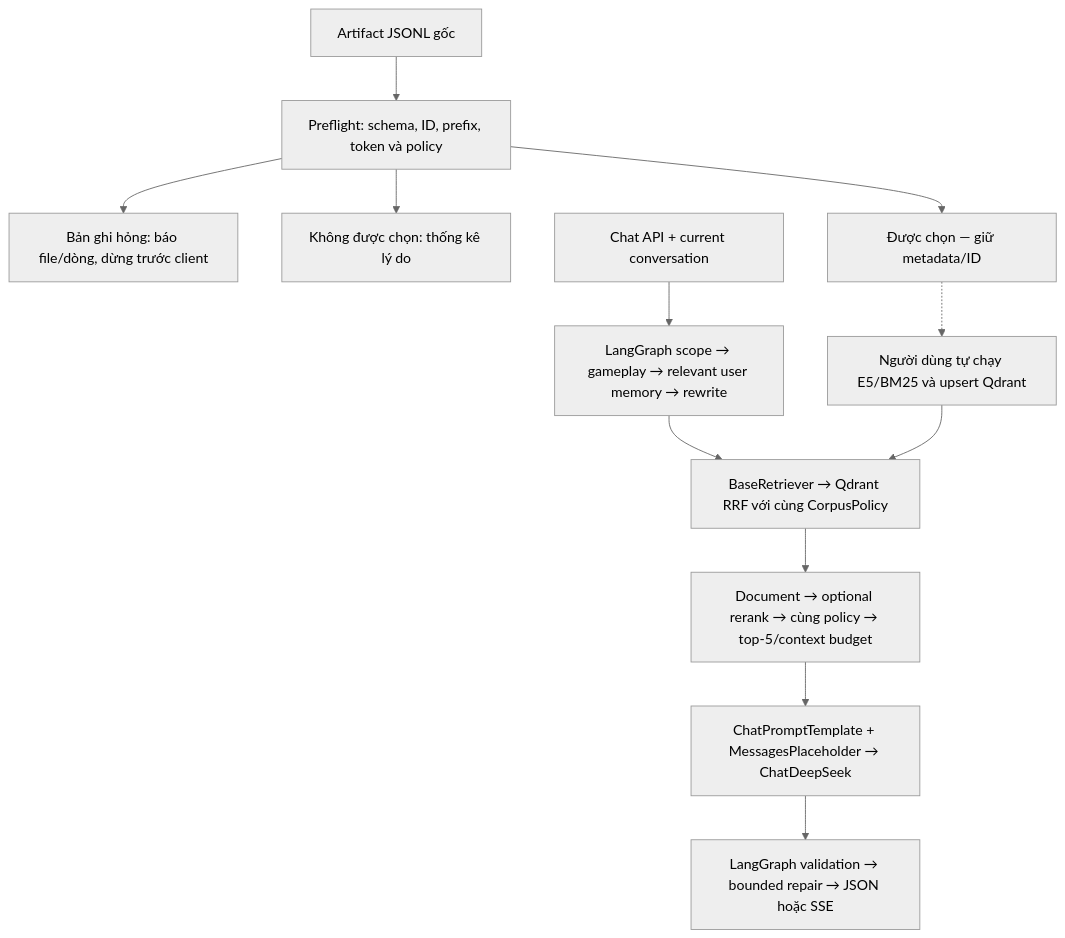
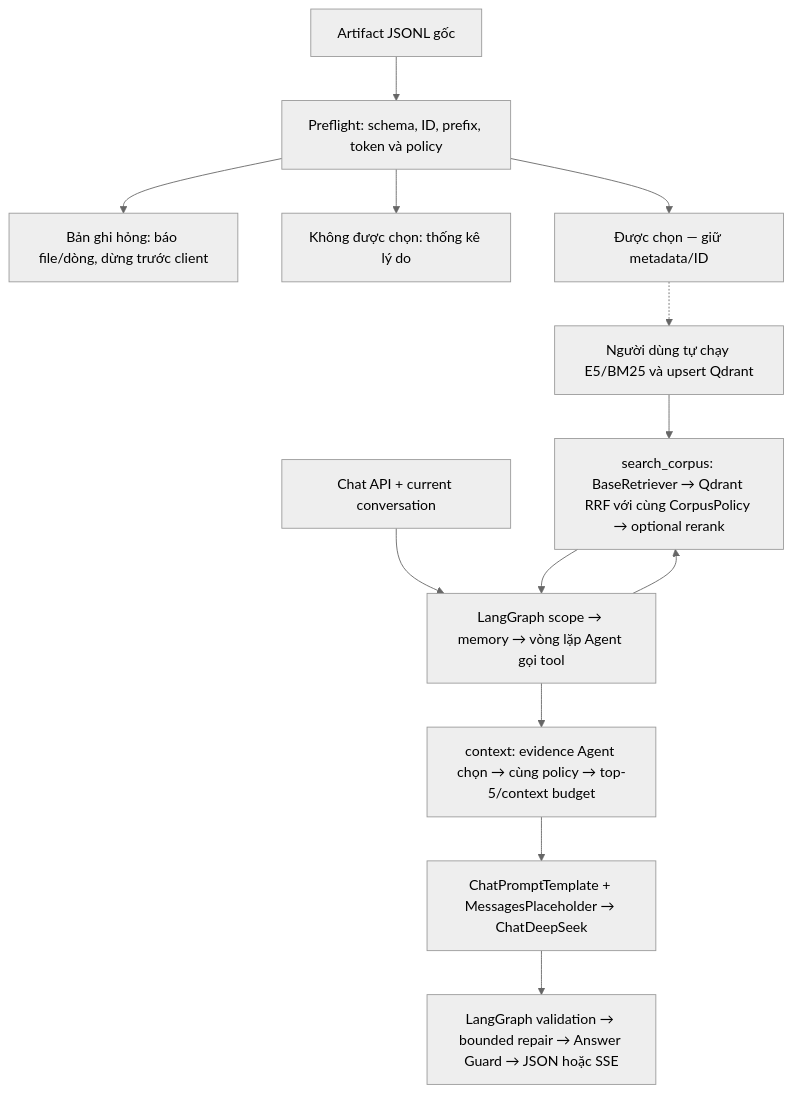
The diagram in backend/app/rag/README.md (HoanBuCon/Index-Beast), drawn with Mermaid (neutral theme) before and after one commit. The commit also changed other lines of this file and 36 other files, not shown here.

First line of the commit message:
Refactor and clean up codebase; enhance gameplay knowledge and agent functionality

````diff
--- a/backend/app/rag/README.md
+++ b/backend/app/rag/README.md
@@ -176,14 +212,15 @@
 ```mermaid
 flowchart TD
     A["Artifact JSONL gốc"] --> B["Preflight: schema, ID, prefix, token và policy"]
     B --> C["Bản ghi hỏng: báo file/dòng, dừng trước client"]
     B --> D["Không được chọn: thống kê lý do"]
     B --> E["Được chọn — giữ metadata/ID"]
     E -.-> F["Người dùng tự chạy E5/BM25 và upsert Qdrant"]
-    G["Chat API + current conversation"] --> H["LangGraph scope → gameplay → relevant user memory → rewrite"]
-    H --> I["BaseRetriever → Qdrant RRF với cùng CorpusPolicy"]
+    G["Chat API + current conversation"] --> H["LangGraph scope → memory → vòng lặp Agent gọi tool"]
+    H --> I["search_corpus: BaseRetriever → Qdrant RRF với cùng CorpusPolicy → optional rerank"]
     F --> I
-    I --> J["Document → optional rerank → cùng policy → top-5/context budget"]
+    I --> H
+    H --> J["context: evidence Agent chọn → cùng policy → top-5/context budget"]
     J --> K["ChatPromptTemplate + MessagesPlaceholder → ChatDeepSeek"]
-    K --> L["LangGraph validation → bounded repair → JSON hoặc SSE"]
+    K --> L["LangGraph validation → bounded repair → Answer Guard → JSON hoặc SSE"]
 ```
````
